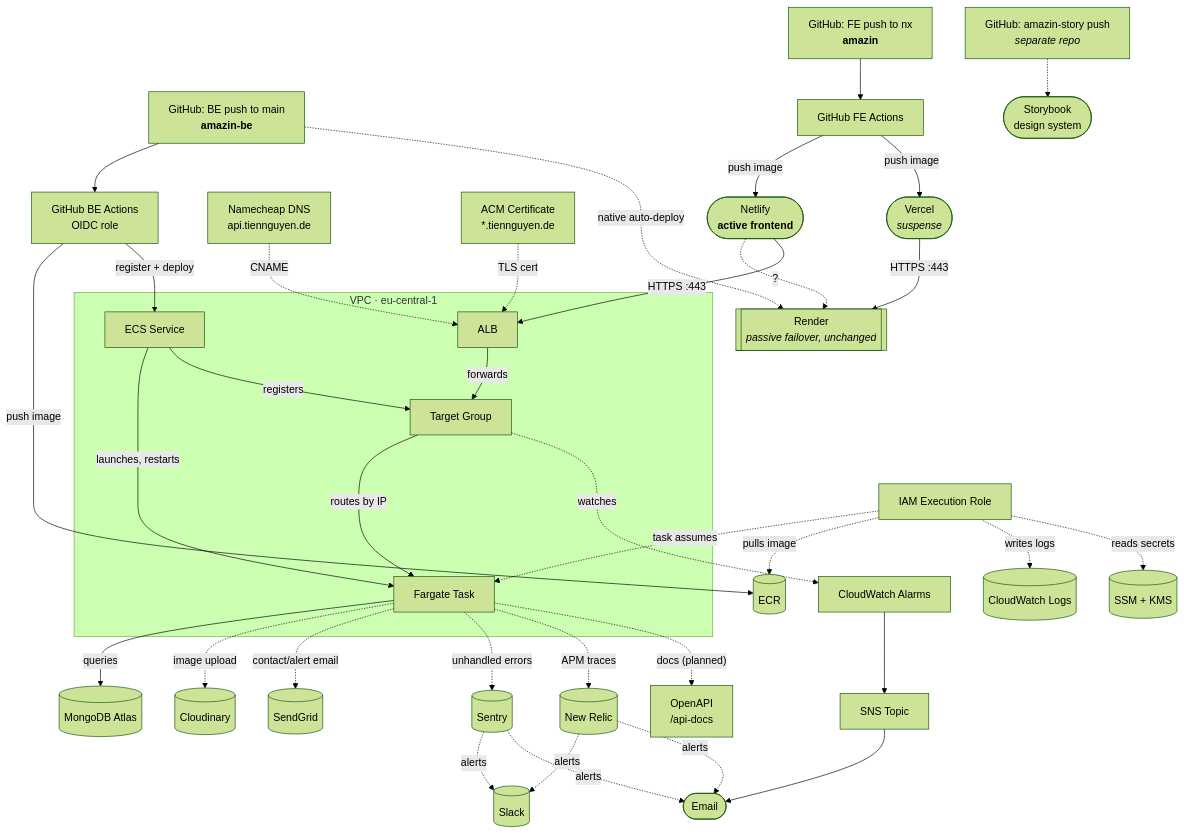
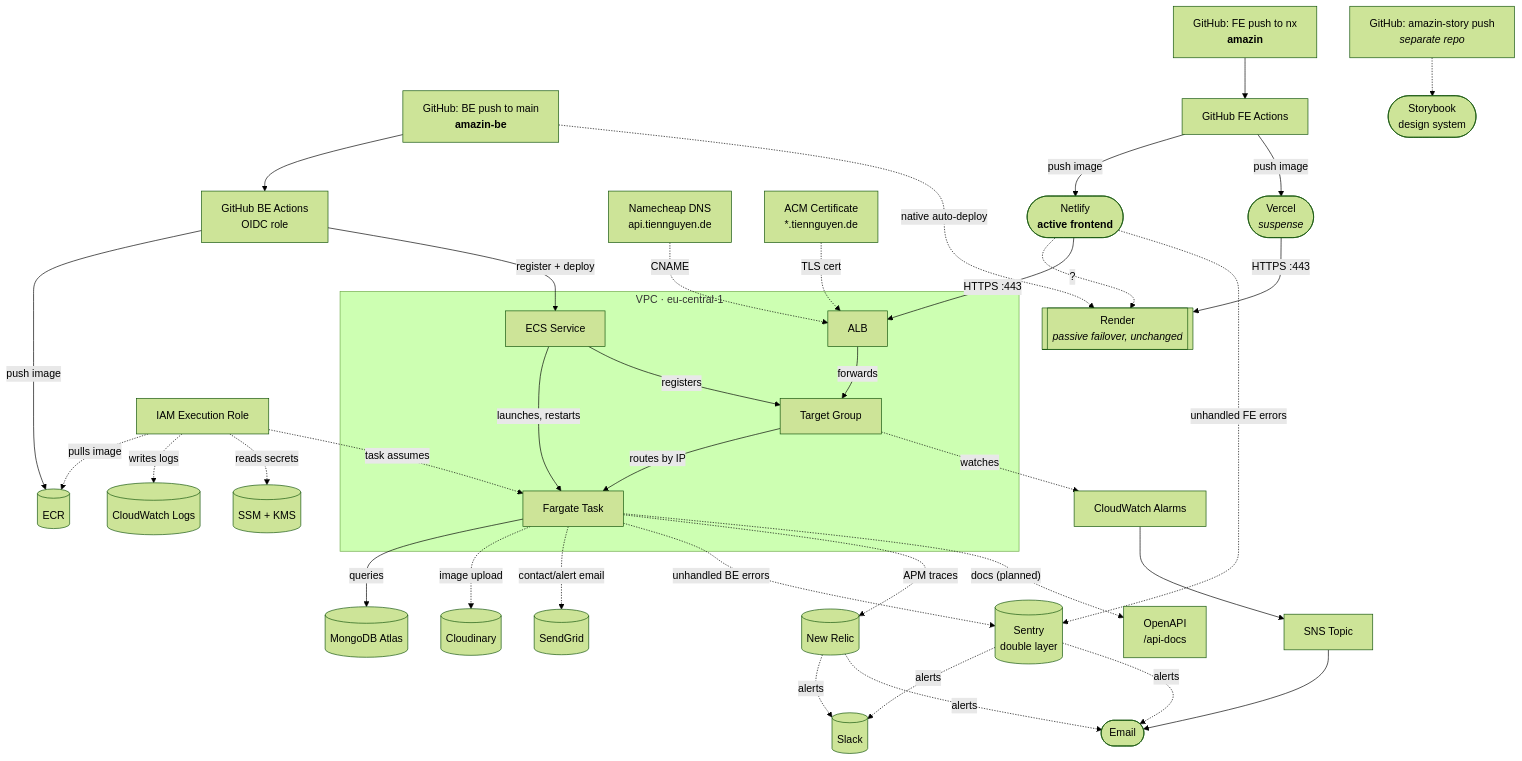
The diagram in README.md (ntrix/amazin), drawn with Mermaid (forest theme) before and after one commit.

Commit message:
docs(readme): sentry now double-layer, port BE diagram update, keep storybook node

````diff
--- a/README.md
+++ b/README.md
@@ -113,51 +113,52 @@
 ```mermaid
 flowchart TB
   GitHubBE["GitHub: BE push to main<br/><b>amazin-be</b>"] --> ActionsBE["GitHub BE Actions<br/>OIDC role"]
   ActionsBE -->|"push image"| ECR[("ECR")]
   ActionsBE -->|"register + deploy"| Service
   GitHubBE -.->|"native auto-deploy"| Render
 
   DNS["Namecheap DNS<br/>api.tiennguyen.de"] -. CNAME .-> ALB
   ACM["ACM Certificate<br/>*.tiennguyen.de"] -. "TLS cert" .-> ALB
 
   GitHubFE["GitHub: FE push to nx<br/><b>amazin</b>"] --> ActionsFE["GitHub FE Actions"]
   ActionsFE -->|"push image"| Netlify(["Netlify<br/><b>active frontend</b>"]) .->|"?"| Render
   Netlify -->|"HTTPS :443"| ALB["ALB"]
   ActionsFE -->|"push image"| Vercel(["Vercel<br/><i>suspense</i>"]) -->|"HTTPS :443"| Render
   ALB -->|forwards| TG["Target Group"]
   TG -->|"routes by IP"| Task["Fargate Task"]
   Task -->|queries| Mongo[("MongoDB Atlas")]
   Service["ECS Service"] -->|"launches, restarts"| Task
   Service -->|registers| TG
+  Netlify -. "unhandled FE errors" .-> Sentry
 
-  ~~~Role["IAM Execution Role"] -. "task assumes" .-> Task
+  Role["IAM Execution Role"] -. "task assumes" .-> Task
   Role -. "pulls image" .-> ECR
   Role -. "writes logs" .-> Logs[("CloudWatch Logs")]
   Role -. "reads secrets" .-> SSM[("SSM + KMS")]
 
   TG -. watches .-> Alarms["CloudWatch Alarms"]
   Alarms --> SNS["SNS Topic"]
   SNS --> Email([Email])
 
   Task -. "image upload" .-> Cloudinary[("Cloudinary")]
   Task -. "contact/alert email" .-> SendGrid[("SendGrid")]
 
-  Task -. "unhandled errors" .-> Sentry[("Sentry")]
-  Task -. "APM traces" .-> NewRelic[("New Relic")]
-  Task -. "docs (planned)" .-> OpenAPI["OpenAPI<br>/api-docs"]
   Sentry -. alerts .-> Slack[("Slack")]
   Sentry -. alerts .-> Email
   NewRelic -. alerts .-> Slack
   NewRelic -. alerts .-> Email
+  Task -. "unhandled BE errors" .-> Sentry[("Sentry<br>double layer")]
+  Task -. "APM traces" .-> NewRelic[("New Relic")]
+  Task -. "docs (planned)" .-> OpenAPI["OpenAPI<br>/api-docs"]
 
   GitHubStory["GitHub: amazin-story push<br/><i>separate repo</i>"] -.-> Storybook(["Storybook<br/>design system"])
 
   Render[["Render<br/><i>passive failover, unchanged</i>"]]
 
   subgraph VPC["VPC · eu-central-1"]
     ALB
     TG
     Task
     Service
   end
 ```
````
